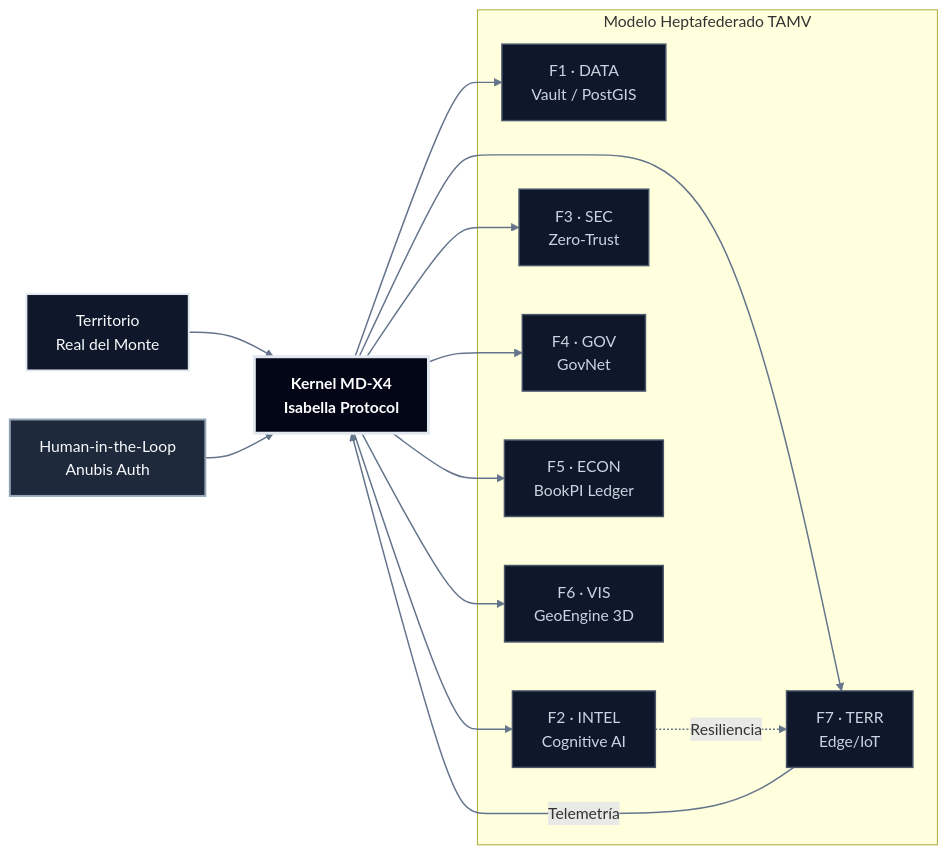
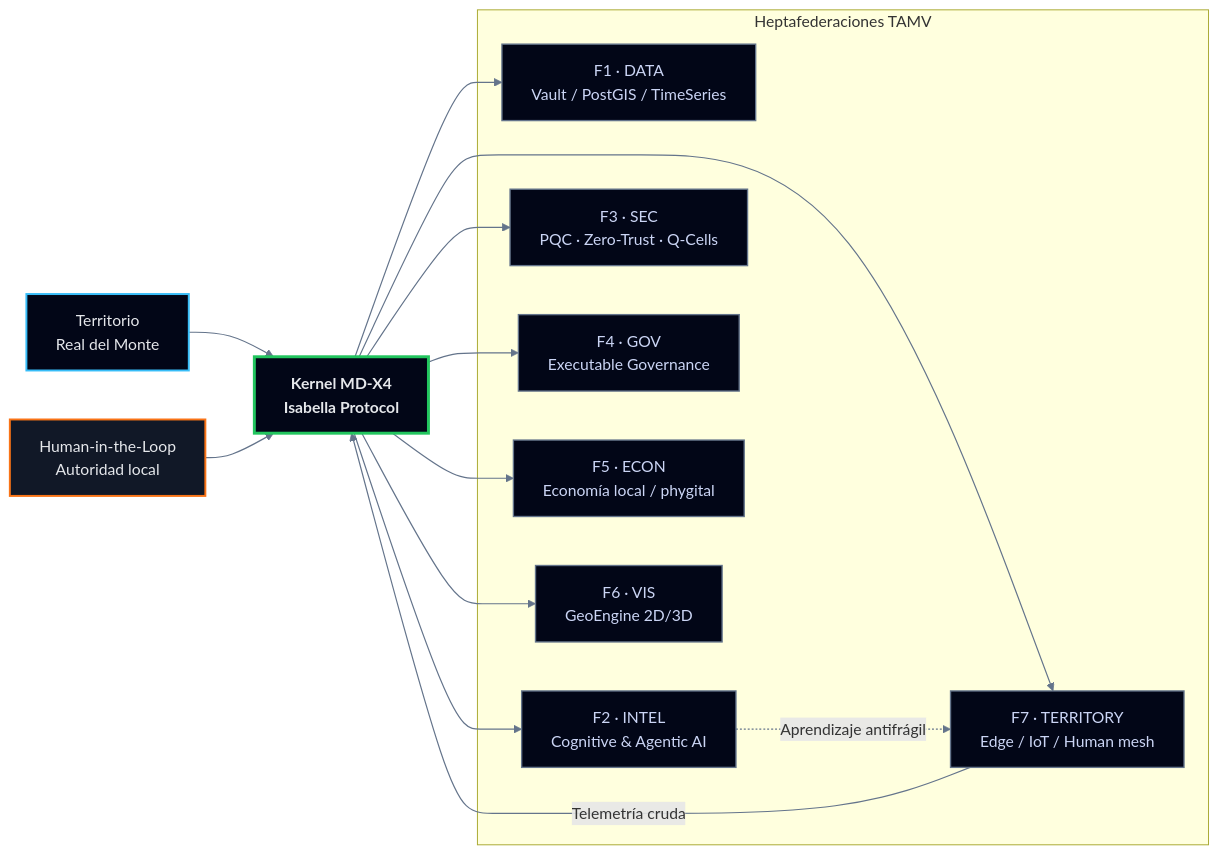
One commit to OsoPanda1/OsoPanda1 changed the diagram in README.md. Above: the diagram before and after it, drawn with Mermaid. The commit also changed other lines of this file, not shown here.

`````diff
--- a/README.md
+++ b/README.md
@@ -144,29 +95,28 @@
 ```mermaid
 flowchart LR
     TERR["Territorio\nReal del Monte"]:::territory --> KMD
-    HITL["Human‑in‑the‑Loop\nAnubis Auth"]:::human --> KMD
+    HITL["Human‑in‑the‑Loop\nAutoridad local"]:::human --> KMD
 
     KMD["Kernel MD‑X4\nIsabella Protocol"]:::kernel
 
-    subgraph FED["Modelo Heptafederado TAMV"]
-      F1["F1 · DATA\nVault / PostGIS"]:::fed
-      F2["F2 · INTEL\nCognitive AI"]:::fed
-      F3["F3 · SEC\nZero‑Trust"]:::fed
-      F4["F4 · GOV\nGovNet"]:::fed
-      F5["F5 · ECON\nBookPI Ledger"]:::fed
-      F6["F6 · VIS\nGeoEngine 3D"]:::fed
-      F7["F7 · TERR\nEdge/IoT"]:::fed
+    subgraph FED["Heptafederaciones TAMV"]
+      F1["F1 · DATA\nVault / PostGIS / TimeSeries"]:::fed
+      F2["F2 · INTEL\nCognitive & Agentic AI"]:::fed
+      F3["F3 · SEC\nPQC · Zero‑Trust · Q‑Cells"]:::fed
+      F4["F4 · GOV\nExecutable Governance"]:::fed
+      F5["F5 · ECON\nEconomía local / phygital"]:::fed
+      F6["F6 · VIS\nGeoEngine 2D/3D"]:::fed
+      F7["F7 · TERRITORY\nEdge / IoT / Human mesh"]:::fed
     end
 
     KMD --> F1 & F2 & F3 & F4 & F5 & F6 & F7
-    F7 -->|"Telemetría"| KMD
-    F2 -.->|"Resiliencia"| F7
+    F7 -->|"Telemetría cruda"| KMD
+    F2 -.->|"Aprendizaje antifrágil"| F7
 
-    %% Platinum / Morphoglass styling %%
-    classDef territory fill:#0F172A,stroke:#E2E8F0,stroke-width:2px,color:#F8FAFC;
-    classDef human fill:#1E293B,stroke:#94A3B8,stroke-width:2px,color:#F8FAFC;
-    classDef kernel fill:#020617,stroke:#E2E8F0,stroke-width:3px,color:#FFFFFF,font-weight:bold;
-    classDef fed fill:#0F172A,stroke:#475569,stroke-width:1.5px,color:#CBD5E1;
+    classDef territory fill:#020617,stroke:#38BDF8,stroke-width:2px,color:#E5E7EB;
+    classDef human fill:#111827,stroke:#F97316,stroke-width:2px,color:#E5E7EB;
+    classDef kernel fill:#020617,stroke:#22C55E,stroke-width:3px,color:#E5E7EB,font-weight:bold;
+    classDef fed fill:#020617,stroke:#64748B,stroke-width:1.4px,color:#CBD5F5;
 
-    linkStyle default stroke:#64748B,stroke-width:1.5px;
-````
+    linkStyle default stroke:#64748B,stroke-width:1.2px;
+```
`````
